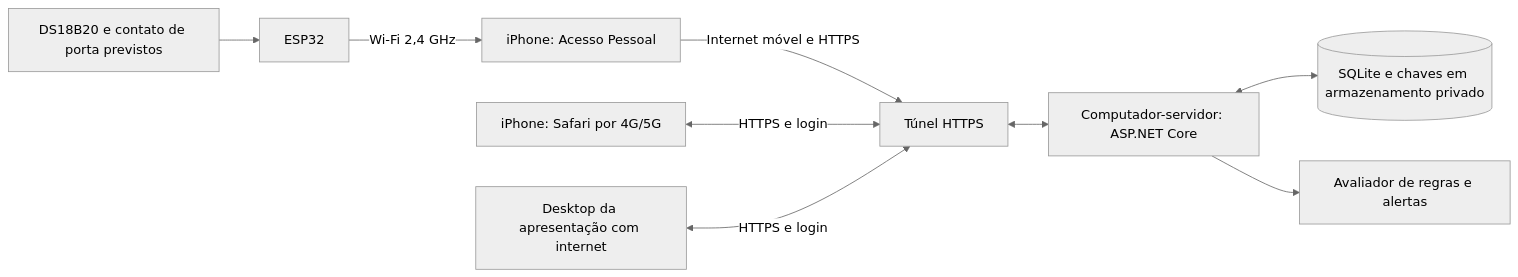
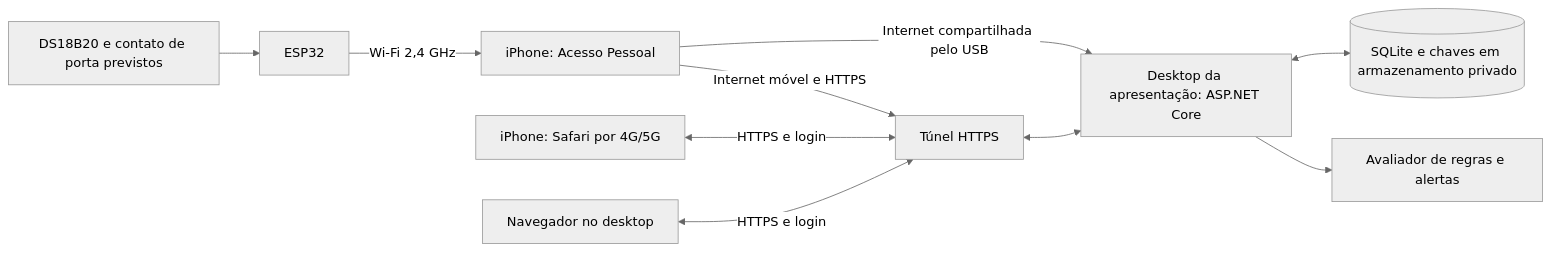
The diagram in docs/plano-acesso-remoto-apresentacao-2026-11-14.md (otavioscaires-code/iceplay-tcc), drawn with Mermaid (neutral theme) before and after one commit. The commit also changed other lines of this file and 3 other files, not shown here.

Commit message:
Ajusta apresentacao para executar no desktop com internet USB

````diff
--- a/docs/plano-acesso-remoto-apresentacao-2026-11-14.md
+++ b/docs/plano-acesso-remoto-apresentacao-2026-11-14.md
@@ -24,11 +24,12 @@
 ```mermaid
 flowchart LR
     S[DS18B20 e contato de porta previstos] --> E[ESP32]
     E -->|Wi-Fi 2,4 GHz| H[iPhone: Acesso Pessoal]
+    H -->|Internet compartilhada pelo USB| A[Desktop da apresentação: ASP.NET Core]
     H -->|Internet móvel e HTTPS| T[Túnel HTTPS]
     P[iPhone: Safari por 4G/5G] <-->|HTTPS e login| T
-    B[Desktop da apresentação com internet] <-->|HTTPS e login| T
-    T <--> A[Computador-servidor: ASP.NET Core]
+    B[Navegador no desktop] <-->|HTTPS e login| T
+    T <--> A
     A <--> D[(SQLite e chaves em armazenamento privado)]
     A --> R[Avaliador de regras e alertas]
 ```
````
